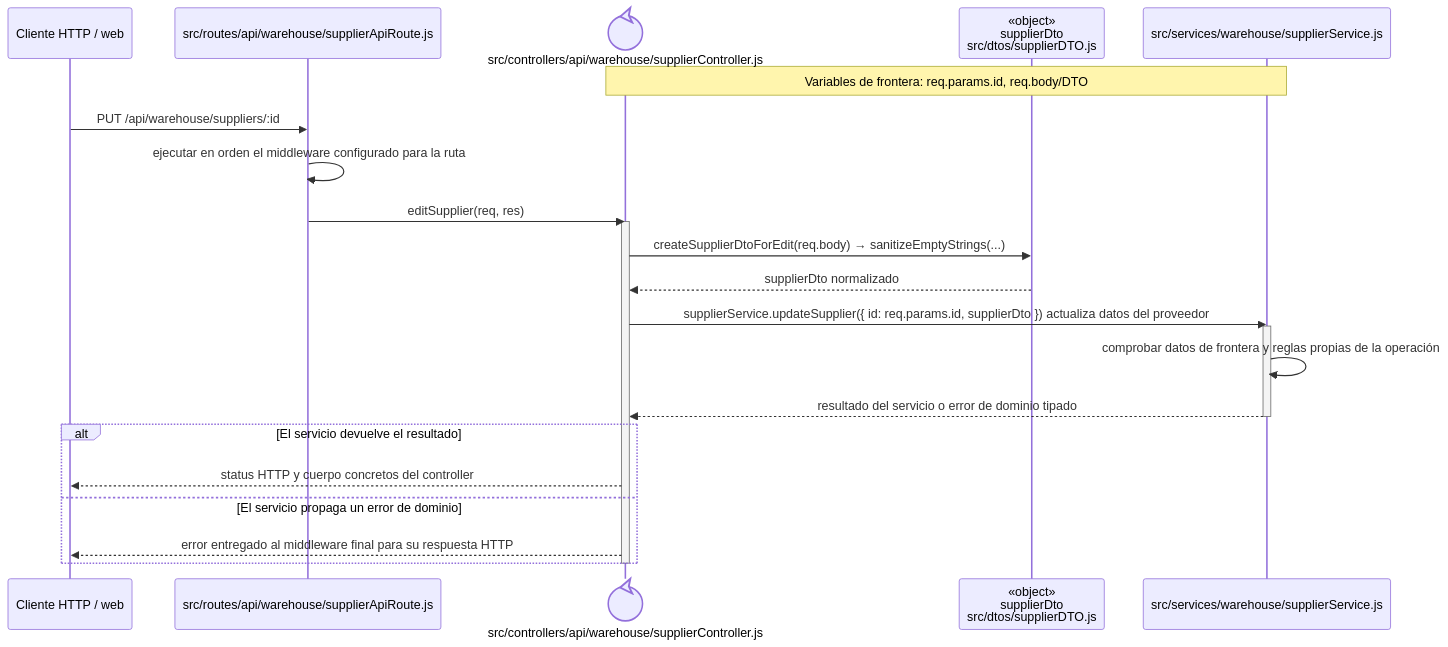
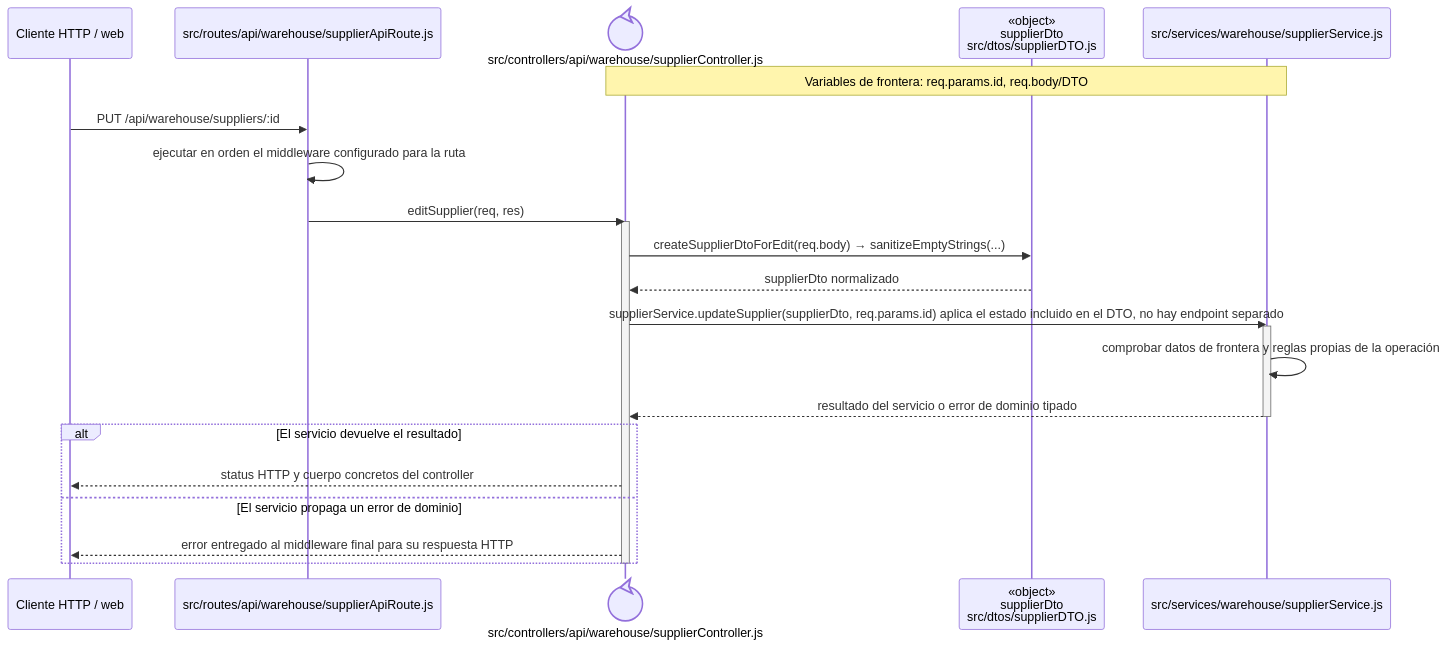
One commit to gpgsistemas01/nexus changed the diagram in docs/architecture/backend-code-sequences/catalogs/cu-cat-12.md. Above: the diagram before and after it, drawn with Mermaid. The commit also changed other lines of this file and 207 other files, not shown here.

````diff
--- a/docs/architecture/backend-code-sequences/catalogs/cu-cat-12.md
+++ b/docs/architecture/backend-code-sequences/catalogs/cu-cat-12.md
@@ -6,27 +6,27 @@
 ```mermaid
 sequenceDiagram
     participant Client as Cliente HTTP / web
     participant Route as src/routes/api/warehouse/supplierApiRoute.js
     participant Controller@{ "type": "control" } as src/controllers/api/warehouse/supplierController.js
     participant SupplierDto as «object»<br/>supplierDto<br/>src/dtos/supplierDTO.js
     participant Domain as src/services/warehouse/supplierService.js
     Note over Controller,Domain: Variables de frontera: req.params.id, req.body/DTO
 
     Client->>Route: PUT /api/warehouse/suppliers/:id
     Route->>Route: ejecutar en orden el middleware configurado para la ruta
     Route->>Controller: editSupplier(req, res)
     activate Controller
     Controller->>SupplierDto: createSupplierDtoForEdit(req.body) → sanitizeEmptyStrings(...)
     SupplierDto-->>Controller: supplierDto normalizado
-    Controller->>Domain: supplierService.updateSupplier({ id: req.params.id, supplierDto }) actualiza datos del proveedor
+    Controller->>Domain: supplierService.updateSupplier(supplierDto, req.params.id) aplica el estado incluido en el DTO, no hay endpoint separado
     activate Domain
     Domain->>Domain: comprobar datos de frontera y reglas propias de la operación
     Domain-->>Controller: resultado del servicio o error de dominio tipado
     deactivate Domain
     alt El servicio devuelve el resultado
         Controller-->>Client: status HTTP y cuerpo concretos del controller
     else El servicio propaga un error de dominio
         Controller-->>Client: error entregado al middleware final para su respuesta HTTP
     end
     deactivate Controller
 ```
````
